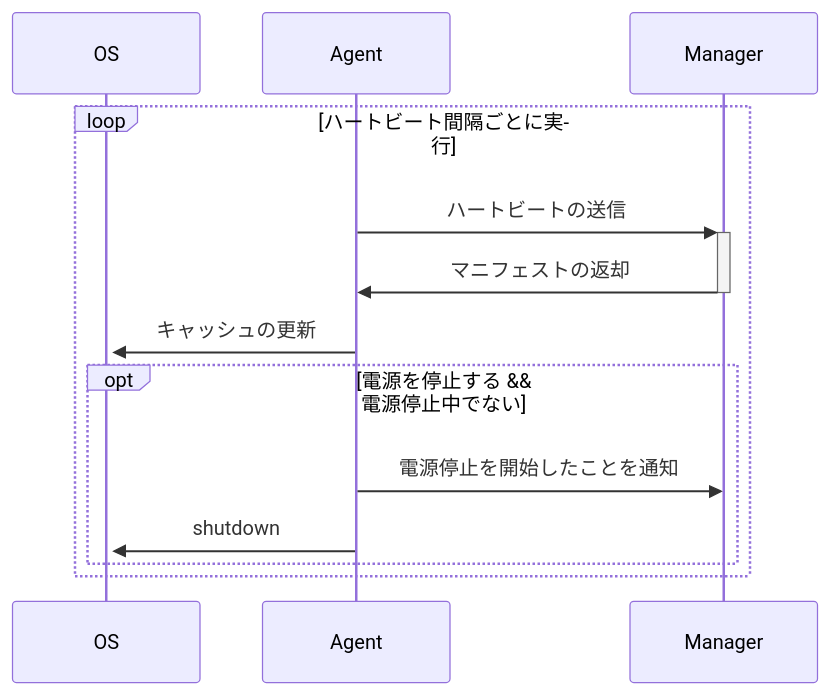
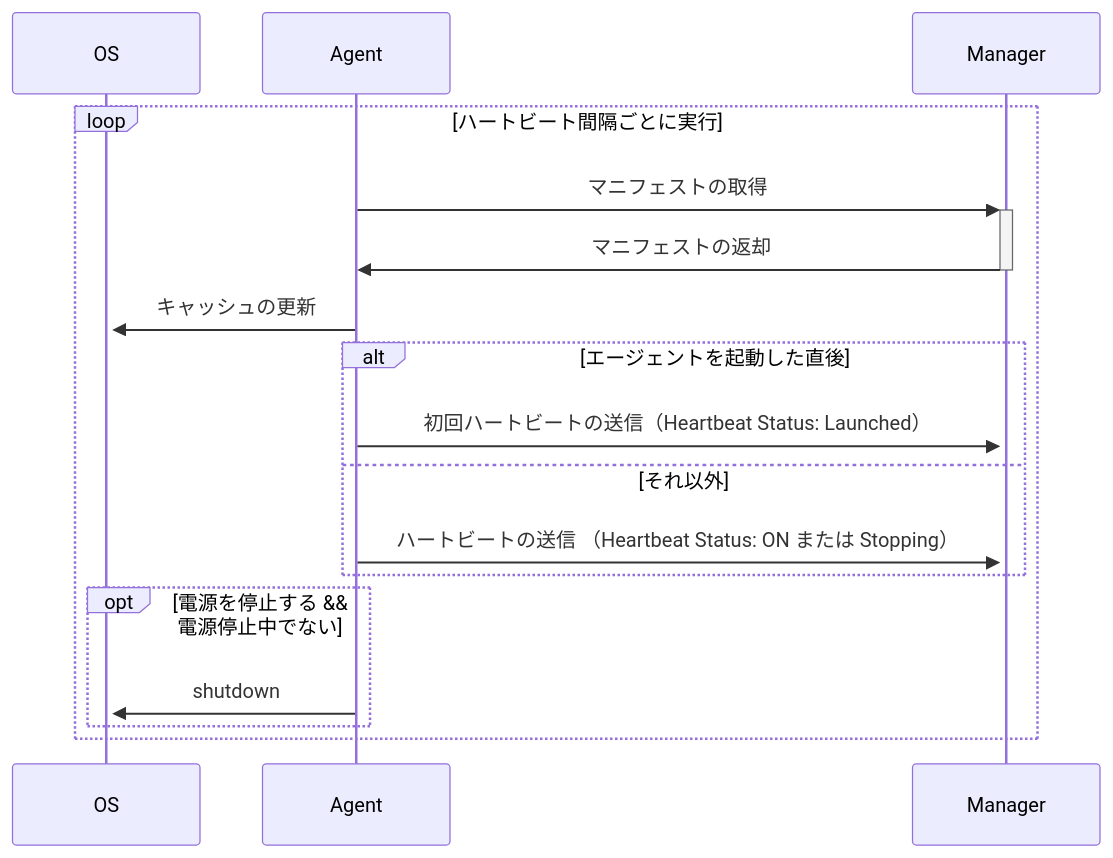
One commit to ichi-h/komoriuta changed the first of 9 diagrams in README.md. Above: the diagram before and after it, drawn with Mermaid. The commit also changed other lines of this file, not shown here.

Commit message:
feat(要件定義): シーケンス図の更新

````diff
--- a/README.md
+++ b/README.md
@@ -169,16 +169,22 @@
 ```mermaid
 sequenceDiagram
     participant OS
     participant Agent
     participant Manager
 
     loop ハートビート間隔ごとに実行
-      Agent ->> +Manager: ハートビートの送信
+      Agent ->> +Manager: マニフェストの取得
       Manager ->> -Agent: マニフェストの返却
       Agent ->> +OS: キャッシュの更新
+
+      alt エージェントを起動した直後
+        Agent ->> +Manager: 初回ハートビートの送信（Heartbeat Status: Launched）
+      else それ以外
+        Agent ->> +Manager: ハートビートの送信 （Heartbeat Status: ON または Stopping）
+      end
+
       opt 電源を停止する && 電源停止中でない
-        Agent ->> Manager: 電源停止を開始したことを通知
         Agent ->> OS: shutdown
       end
     end
 ```
````
